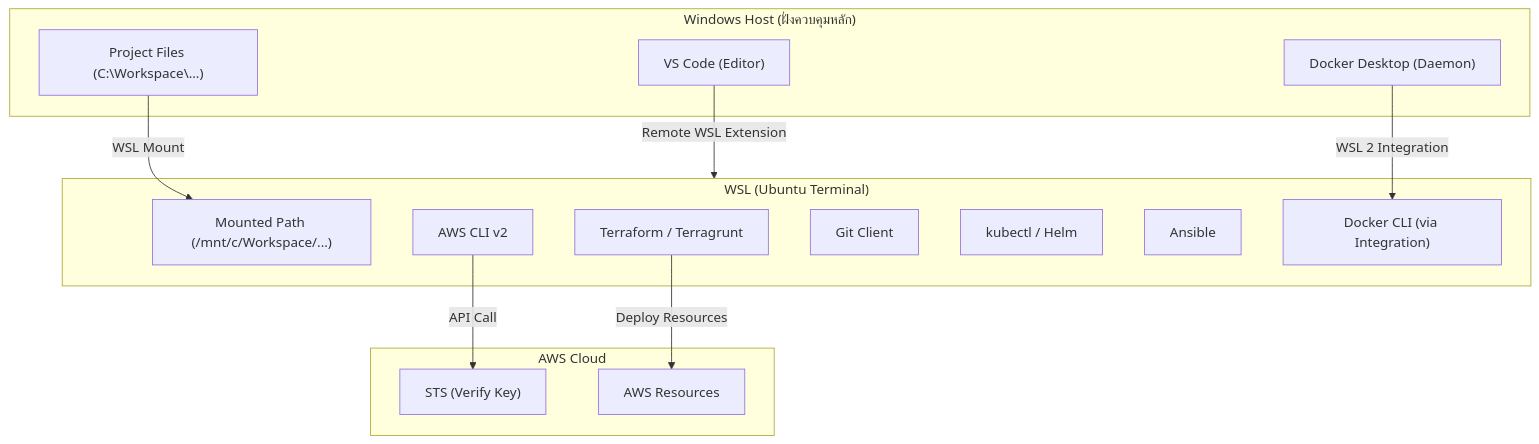
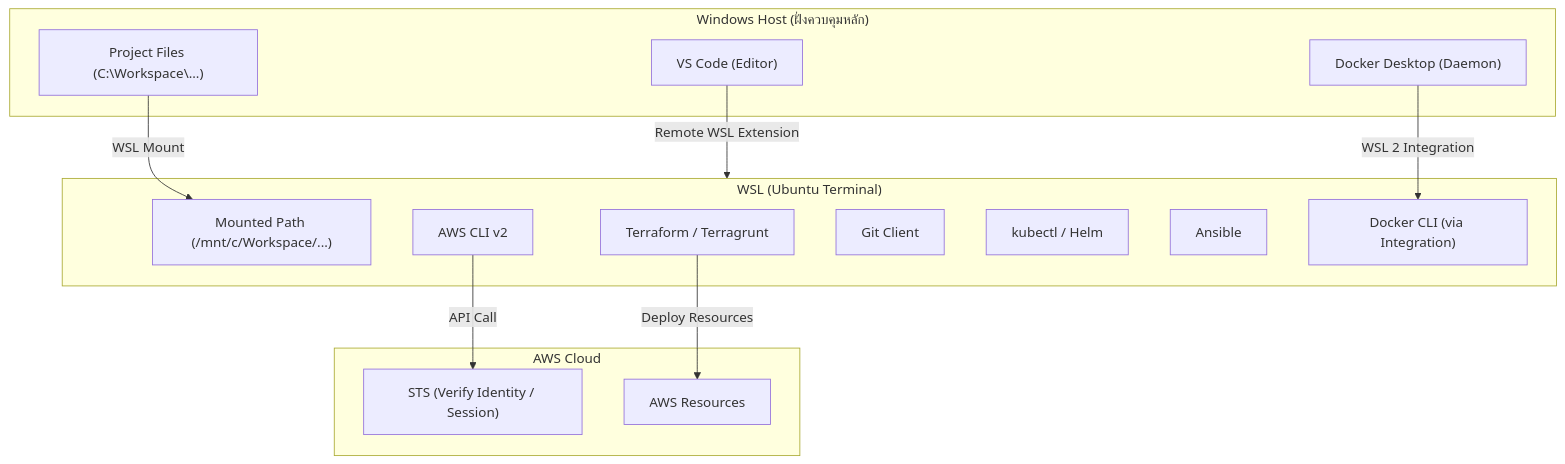
The diagram in AWS/Projects/Cloud-Engineer-Lab/project-00-preparation-setup/README.md (somkid-s5/Personal-Knowledge-Base), drawn with Mermaid before and after one commit. The commit also changed other lines of this file, not shown here.

Commit message:
Align project 00 completion criteria with temporary credentials

````diff
--- a/AWS/Projects/Cloud-Engineer-Lab/project-00-preparation-setup/README.md
+++ b/AWS/Projects/Cloud-Engineer-Lab/project-00-preparation-setup/README.md
@@ -27,29 +27,29 @@
 ```mermaid
 graph TD
     subgraph WindowsHost ["Windows Host (ฝั่งควบคุมหลัก)"]
         VSCode["VS Code (Editor)"]
         Workspace["Project Files (C:\Workspace\...)"]
         DockerD["Docker Desktop (Daemon)"]
     end
 
     subgraph WSLHost ["WSL (Ubuntu Terminal)"]
         MountPath["Mounted Path (/mnt/c/Workspace/...)"]
         WSL_CLI["AWS CLI v2"]
         WSL_TF["Terraform / Terragrunt"]
         WSL_Git["Git Client"]
         WSL_K8s["kubectl / Helm"]
         WSL_Ansible["Ansible"]
         WSL_Docker["Docker CLI (via Integration)"]
     end
 
     subgraph Cloud ["AWS Cloud"]
-        STS["STS (Verify Key)"]
+        STS["STS (Verify Identity / Session)"]
         AWS_Res["AWS Resources"]
     end
 
     VSCode -->|Remote WSL Extension| WSLHost
     Workspace -->|WSL Mount| MountPath
     DockerD -->|WSL 2 Integration| WSL_Docker
     WSL_CLI -->|API Call| STS
     WSL_TF -->|Deploy Resources| AWS_Res
 ```
````
